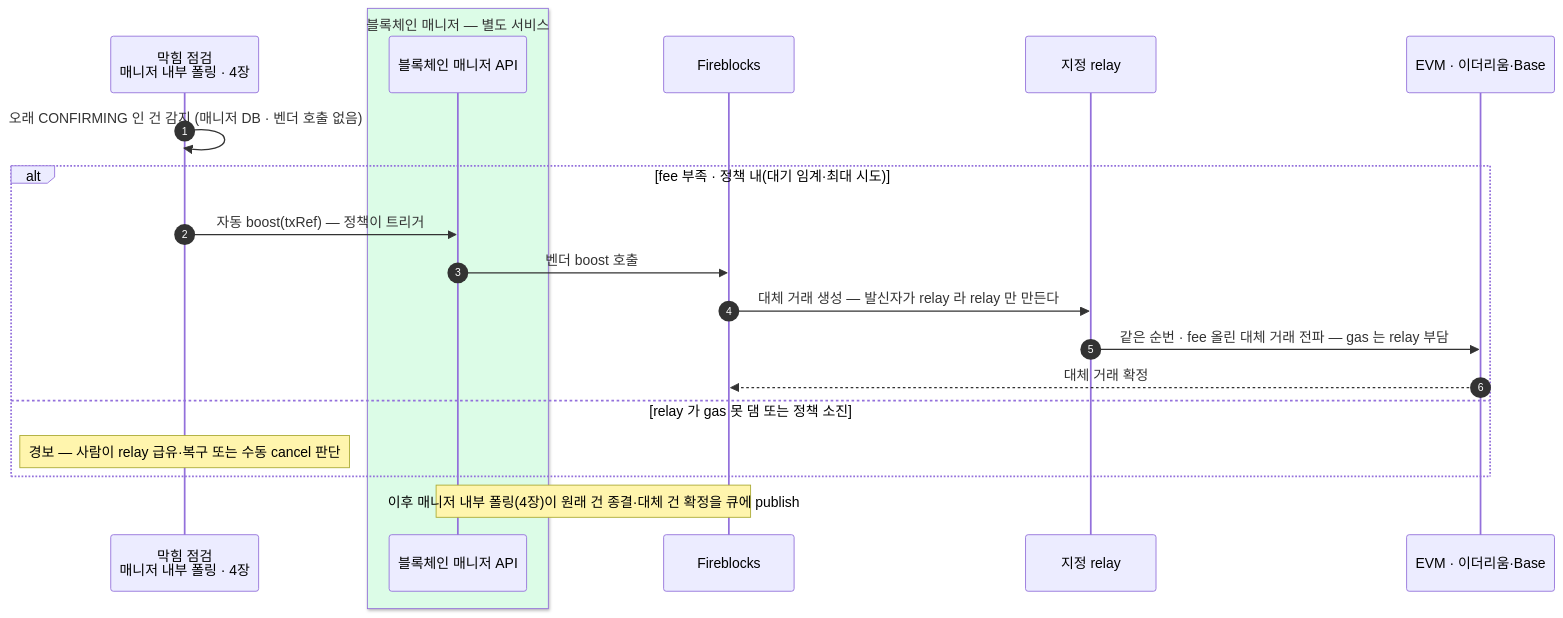
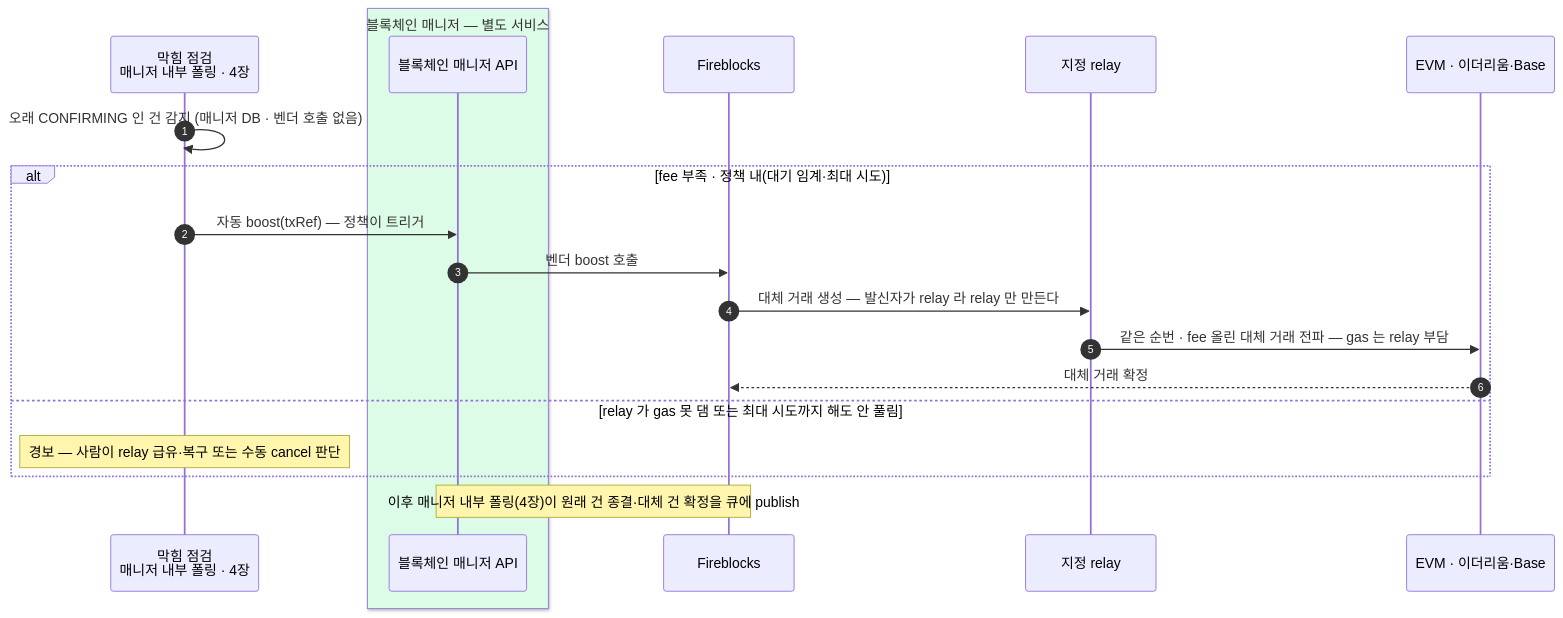
One commit to eunsujeo/eunpus changed the second of 2 diagrams in blockchain-manager/docs/블록체인매니저/설계/06-withdrawal.md. Above: the diagram before and after it, drawn with Mermaid. The commit also changed other lines of this file and 1 other file, not shown here.

Commit message:
4·6장: "정책 소진" → "최대 시도까지 boost 해도 안 풀림"(평이)

````diff
--- a/blockchain-manager/docs/블록체인매니저/설계/06-withdrawal.md
+++ b/blockchain-manager/docs/블록체인매니저/설계/06-withdrawal.md
@@ -116,23 +116,23 @@
 ```mermaid
 sequenceDiagram
     autonumber
     participant SW as 막힘 점검<br/>매니저 내부 폴링 · 4장
     box rgb(220,252,231) 블록체인 매니저 — 별도 서비스
     participant BM as 블록체인 매니저 API
     end
     participant FB as Fireblocks
     participant RL as 지정 relay
     participant CH as EVM · 이더리움·Base
 
     SW->>SW: 오래 CONFIRMING 인 건 감지 (매니저 DB · 벤더 호출 없음)
     alt fee 부족 · 정책 내(대기 임계·최대 시도)
         SW->>BM: 자동 boost(txRef) — 정책이 트리거
         BM->>FB: 벤더 boost 호출
         FB->>RL: 대체 거래 생성 — 발신자가 relay 라 relay 만 만든다
         RL->>CH: 같은 순번 · fee 올린 대체 거래 전파 — gas 는 relay 부담
         CH-->>FB: 대체 거래 확정
-    else relay 가 gas 못 댐 또는 정책 소진
+    else relay 가 gas 못 댐 또는 최대 시도까지 해도 안 풀림
         Note over SW: 경보 — 사람이 relay 급유·복구 또는 수동 cancel 판단
     end
     Note over BM,FB: 이후 매니저 내부 폴링(4장)이 원래 건 종결·대체 건 확정을 큐에 publish
 ```
````
